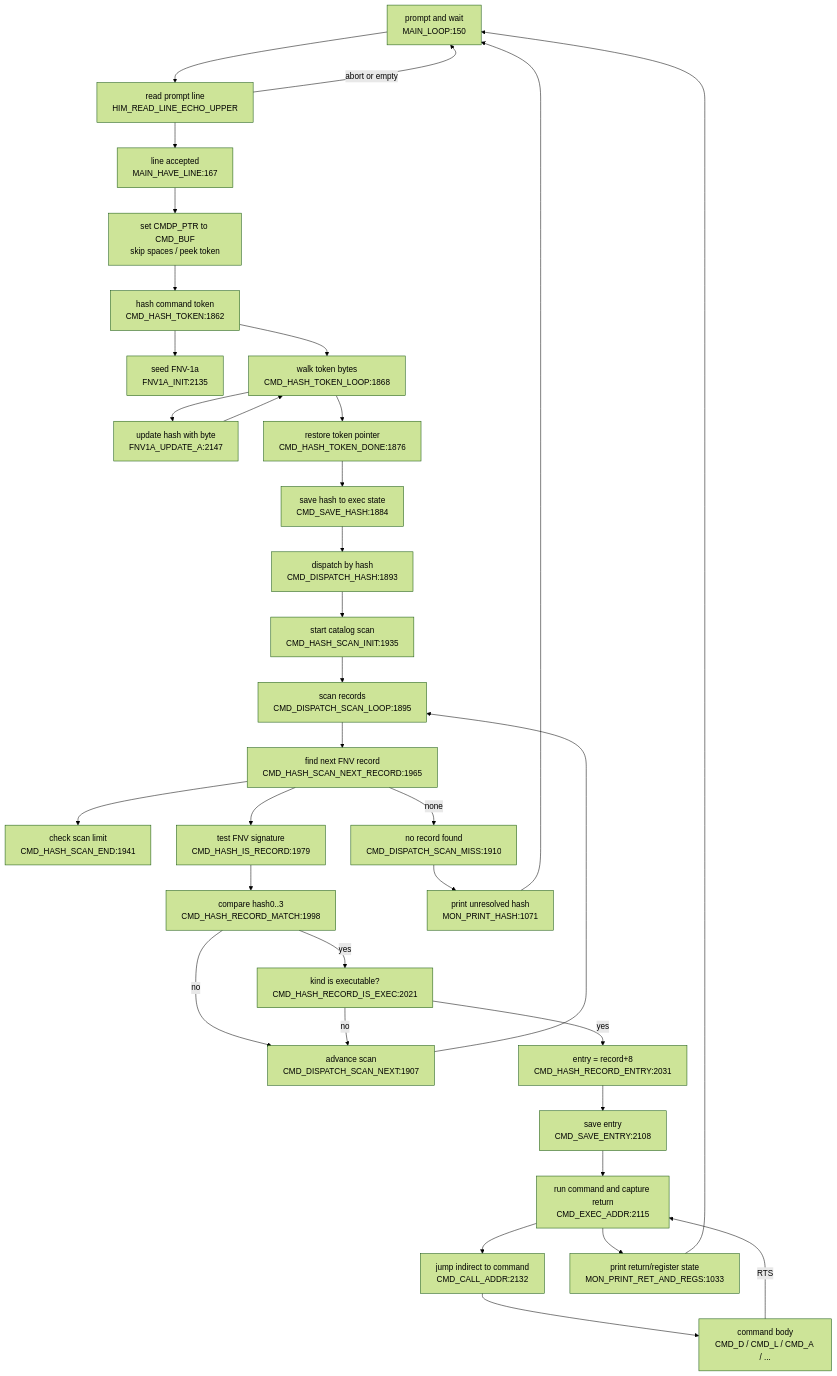
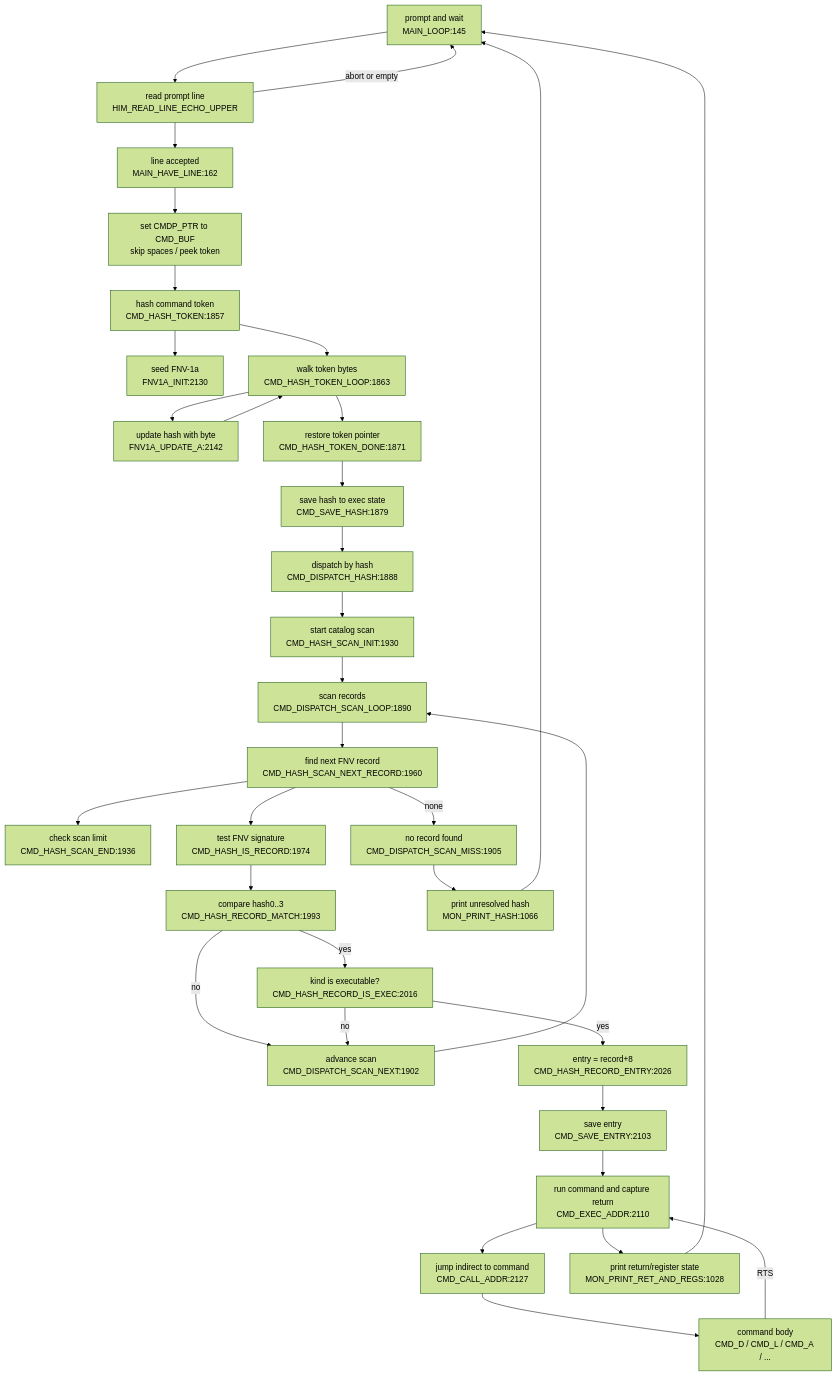
Before and after one commit to 95westus/R-YORS: the diagram in DOC/GENERATED/CMD_FLOW_MAP.md, drawn with Mermaid (forest theme). The commit also changed other lines of this file and 48 other files, not shown here.

````diff
--- a/DOC/GENERATED/CMD_FLOW_MAP.md
+++ b/DOC/GENERATED/CMD_FLOW_MAP.md
@@ -10,36 +10,36 @@
 ```mermaid
 flowchart TD
-    LOOP["prompt and wait<br/>MAIN_LOOP:150"] --> READ["read prompt line<br/>HIM_READ_LINE_ECHO_UPPER"]
-    READ --> HAVE["line accepted<br/>MAIN_HAVE_LINE:167"]
+    LOOP["prompt and wait<br/>MAIN_LOOP:145"] --> READ["read prompt line<br/>HIM_READ_LINE_ECHO_UPPER"]
+    READ --> HAVE["line accepted<br/>MAIN_HAVE_LINE:162"]
     READ -->|abort or empty| LOOP
     HAVE --> PREP["set CMDP_PTR to CMD_BUF<br/>skip spaces / peek token"]
-    PREP --> HASH["hash command token<br/>CMD_HASH_TOKEN:1862"]
-    HASH --> FNVINIT["seed FNV-1a<br/>FNV1A_INIT:2135"]
-    HASH --> HASHLOOP["walk token bytes<br/>CMD_HASH_TOKEN_LOOP:1868"]
-    HASHLOOP --> UPDATE["update hash with byte<br/>FNV1A_UPDATE_A:2147"]
+    PREP --> HASH["hash command token<br/>CMD_HASH_TOKEN:1857"]
+    HASH --> FNVINIT["seed FNV-1a<br/>FNV1A_INIT:2130"]
+    HASH --> HASHLOOP["walk token bytes<br/>CMD_HASH_TOKEN_LOOP:1863"]
+    HASHLOOP --> UPDATE["update hash with byte<br/>FNV1A_UPDATE_A:2142"]
     UPDATE --> HASHLOOP
-    HASHLOOP --> DONE["restore token pointer<br/>CMD_HASH_TOKEN_DONE:1876"]
-    DONE --> SAVEHASH["save hash to exec state<br/>CMD_SAVE_HASH:1884"]
-    SAVEHASH --> DISPATCH["dispatch by hash<br/>CMD_DISPATCH_HASH:1893"]
-    DISPATCH --> SCANINIT["start catalog scan<br/>CMD_HASH_SCAN_INIT:1935"]
-    SCANINIT --> SCANLOOP["scan records<br/>CMD_DISPATCH_SCAN_LOOP:1895"]
-    SCANLOOP --> NEXTREC["find next FNV record<br/>CMD_HASH_SCAN_NEXT_RECORD:1965"]
-    NEXTREC --> ENDCHK["check scan limit<br/>CMD_HASH_SCAN_END:1941"]
-    NEXTREC --> ISREC["test FNV signature<br/>CMD_HASH_IS_RECORD:1979"]
-    NEXTREC -->|none| MISS["no record found<br/>CMD_DISPATCH_SCAN_MISS:1910"]
-    ISREC --> MATCH["compare hash0..3<br/>CMD_HASH_RECORD_MATCH:1998"]
-    MATCH -->|no| ADV["advance scan<br/>CMD_DISPATCH_SCAN_NEXT:1907"]
+    HASHLOOP --> DONE["restore token pointer<br/>CMD_HASH_TOKEN_DONE:1871"]
+    DONE --> SAVEHASH["save hash to exec state<br/>CMD_SAVE_HASH:1879"]
+    SAVEHASH --> DISPATCH["dispatch by hash<br/>CMD_DISPATCH_HASH:1888"]
+    DISPATCH --> SCANINIT["start catalog scan<br/>CMD_HASH_SCAN_INIT:1930"]
+    SCANINIT --> SCANLOOP["scan records<br/>CMD_DISPATCH_SCAN_LOOP:1890"]
+    SCANLOOP --> NEXTREC["find next FNV record<br/>CMD_HASH_SCAN_NEXT_RECORD:1960"]
+    NEXTREC --> ENDCHK["check scan limit<br/>CMD_HASH_SCAN_END:1936"]
+    NEXTREC --> ISREC["test FNV signature<br/>CMD_HASH_IS_RECORD:1974"]
+    NEXTREC -->|none| MISS["no record found<br/>CMD_DISPATCH_SCAN_MISS:1905"]
+    ISREC --> MATCH["compare hash0..3<br/>CMD_HASH_RECORD_MATCH:1993"]
+    MATCH -->|no| ADV["advance scan<br/>CMD_DISPATCH_SCAN_NEXT:1902"]
     ADV --> SCANLOOP
-    MATCH -->|yes| EXECOK["kind is executable?<br/>CMD_HASH_RECORD_IS_EXEC:2021"]
+    MATCH -->|yes| EXECOK["kind is executable?<br/>CMD_HASH_RECORD_IS_EXEC:2016"]
     EXECOK -->|no| ADV
-    EXECOK -->|yes| ENTRY["entry = record+8<br/>CMD_HASH_RECORD_ENTRY:2031"]
-    ENTRY --> SAVEENTRY["save entry<br/>CMD_SAVE_ENTRY:2108"]
-    SAVEENTRY --> RUN["run command and capture return<br/>CMD_EXEC_ADDR:2115"]
-    RUN --> CALL["jump indirect to command<br/>CMD_CALL_ADDR:2132"]
+    EXECOK -->|yes| ENTRY["entry = record+8<br/>CMD_HASH_RECORD_ENTRY:2026"]
+    ENTRY --> SAVEENTRY["save entry<br/>CMD_SAVE_ENTRY:2103"]
+    SAVEENTRY --> RUN["run command and capture return<br/>CMD_EXEC_ADDR:2110"]
+    RUN --> CALL["jump indirect to command<br/>CMD_CALL_ADDR:2127"]
     CALL --> BODY["command body<br/>CMD_D / CMD_L / CMD_A / ..."]
     BODY -->|RTS| RUN
-    RUN --> RETPRINT["print return/register state<br/>MON_PRINT_RET_AND_REGS:1033"]
+    RUN --> RETPRINT["print return/register state<br/>MON_PRINT_RET_AND_REGS:1028"]
     RETPRINT --> LOOP
-    MISS --> PRHASH["print unresolved hash<br/>MON_PRINT_HASH:1071"]
+    MISS --> PRHASH["print unresolved hash<br/>MON_PRINT_HASH:1066"]
     PRHASH --> LOOP
 ```
````
